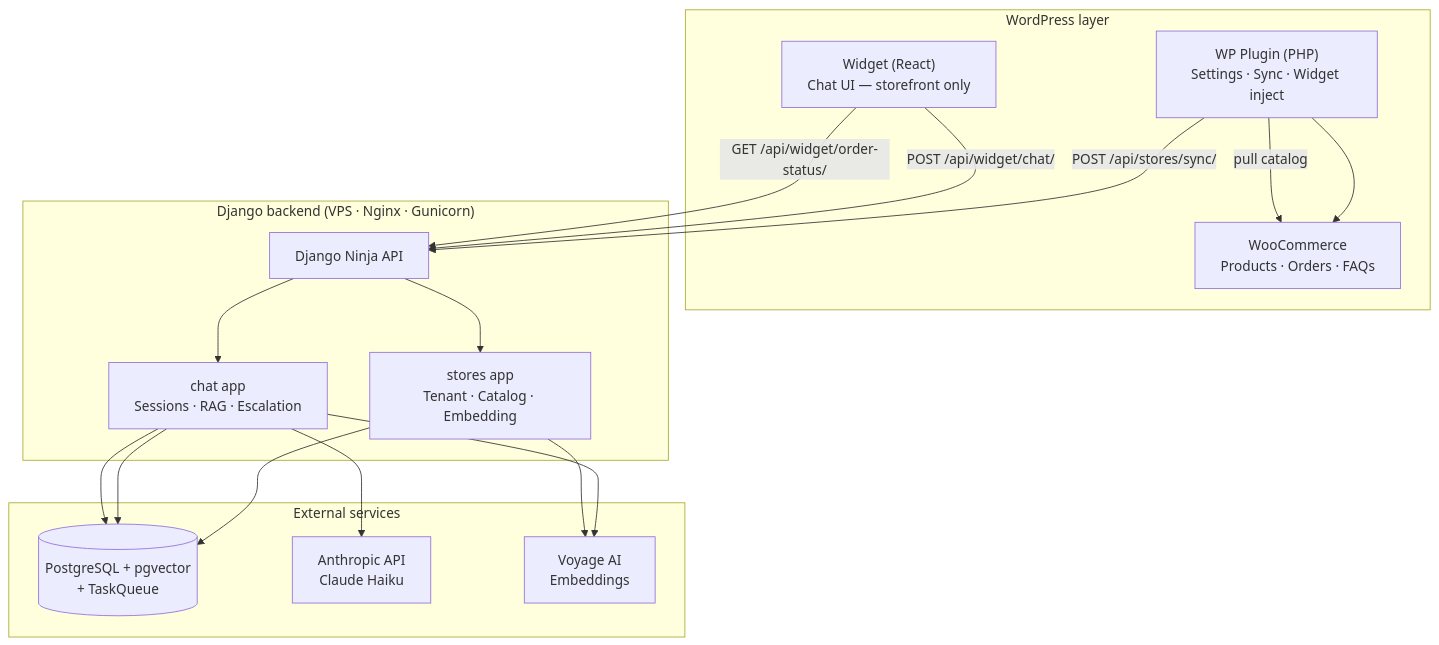
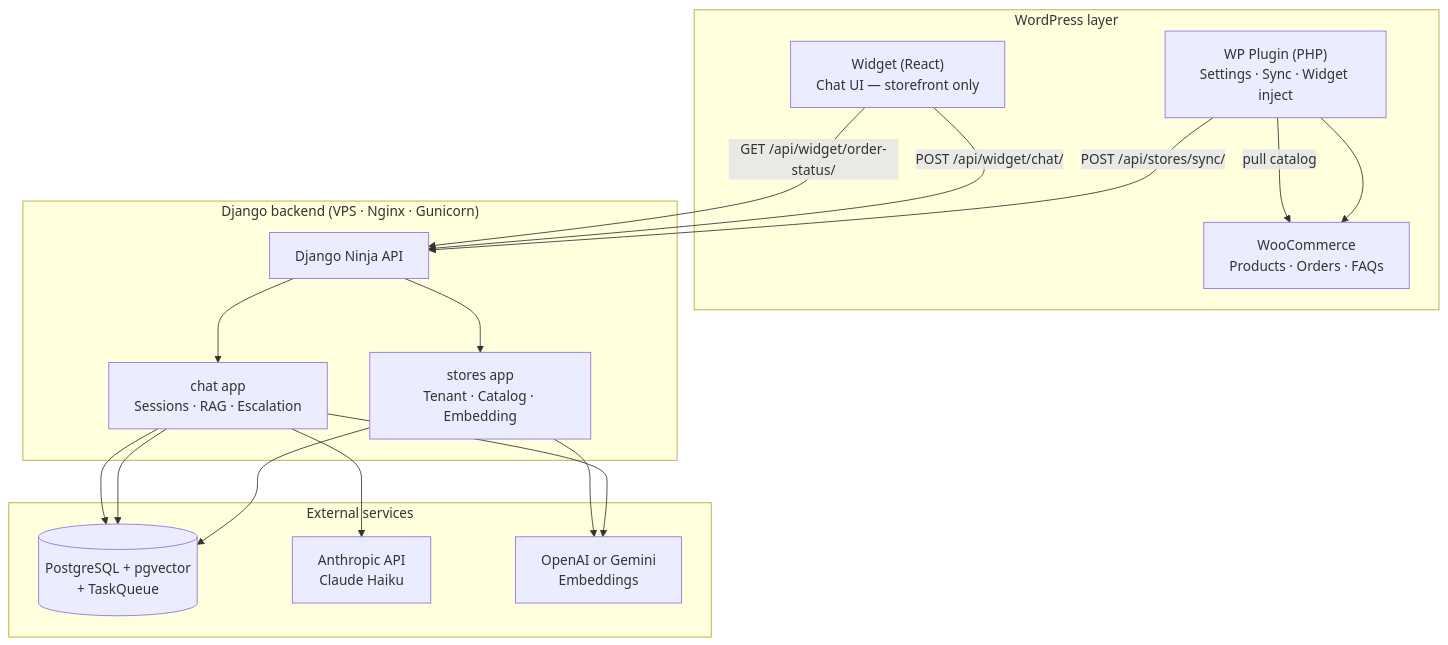
One commit to aji-pratama/woocs changed the second of 6 diagrams in _docs/PRD.md. Above: the diagram before and after it, drawn with Mermaid. The commit also changed other lines of this file and 6 other files, not shown here.

````diff
--- a/_docs/PRD.md
+++ b/_docs/PRD.md
@@ -1310,35 +1310,35 @@
 ```mermaid
 graph TD
   subgraph WP["WordPress layer"]
     Plugin["WP Plugin (PHP)\nSettings · Sync · Widget inject"]
     WC["WooCommerce\nProducts · Orders · FAQs"]
     Widget["Widget (React)\nChat UI — storefront only"]
     Plugin --> WC
   end
 
   subgraph Django["Django backend (VPS · Nginx · Gunicorn)"]
     Ninja["Django Ninja API"]
     Stores["stores app\nTenant · Catalog · Embedding"]
     Chat["chat app\nSessions · RAG · Escalation"]
     Ninja --> Stores
     Ninja --> Chat
   end
 
   subgraph External["External services"]
     PG[("PostgreSQL + pgvector\n+ TaskQueue")]
     Anthropic["Anthropic API\nClaude Haiku"]
-    Voyage["Voyage AI\nEmbeddings"]
+    Embeddings["OpenAI or Gemini\nEmbeddings"]
   end
 
   Plugin -->|"POST /api/stores/sync/"| Ninja
   Plugin -->|"pull catalog"| WC
   Widget -->|"POST /api/widget/chat/"| Ninja
   Widget -->|"GET /api/widget/order-status/"| Ninja
 
   Stores --> PG
   Chat --> PG
   Chat --> PG
   Chat --> Anthropic
-  Chat --> Voyage
-  Stores --> Voyage
+  Chat --> Embeddings
+  Stores --> Embeddings
 ```
````
